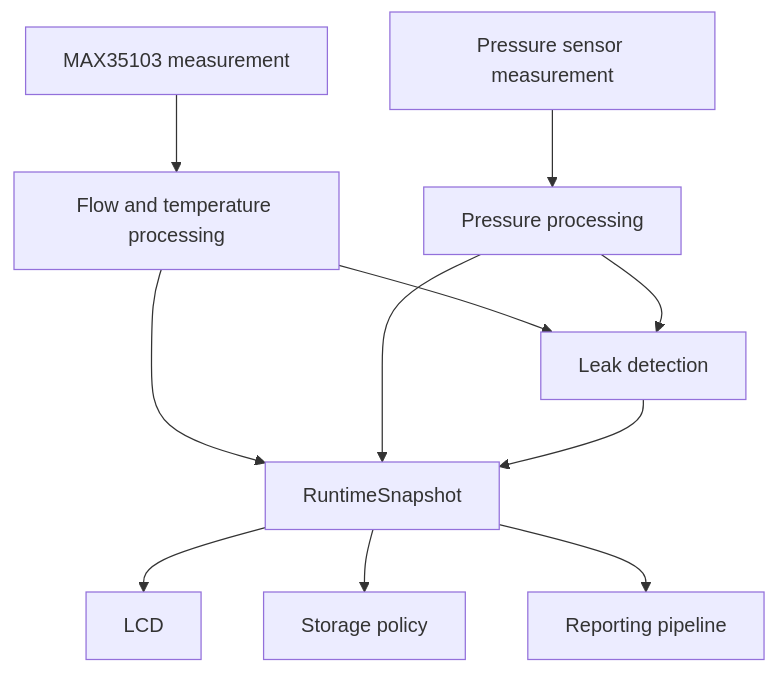
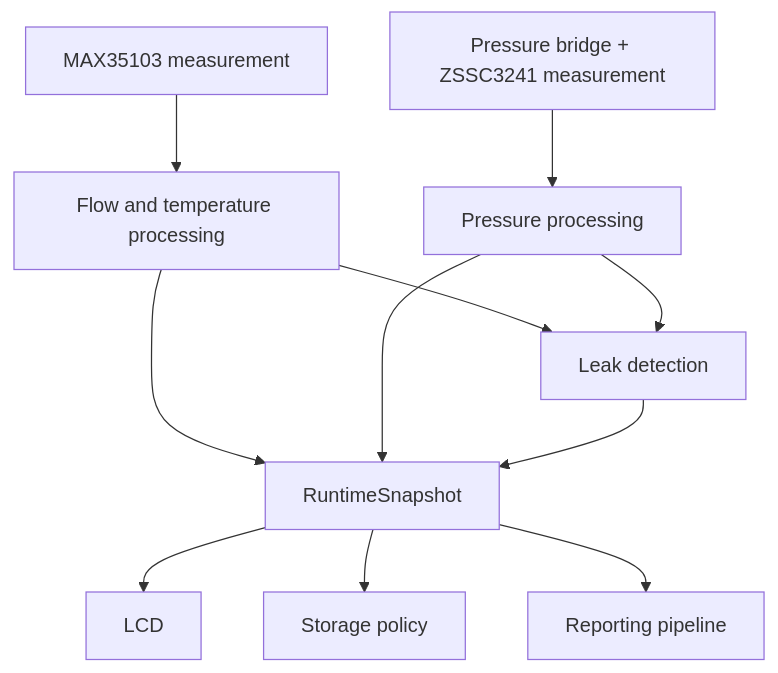
Before and after one commit to whoisLePhuc/smart-water-flow-pressure-monitor: the first of 3 diagrams in 1.docs/00_overview/01_system_overview.md, drawn with Mermaid. The commit also changed other lines of this file and 8 other files, not shown here.

````diff
--- a/1.docs/00_overview/01_system_overview.md
+++ b/1.docs/00_overview/01_system_overview.md
@@ -288,16 +292,16 @@
 ```mermaid
 flowchart TD
     MAX["MAX35103 measurement"] --> FLOW["Flow and temperature processing"]
-    PRESS["Pressure sensor measurement"] --> PPROC["Pressure processing"]
+    PRESS["Pressure bridge + ZSSC3241 measurement"] --> PPROC["Pressure processing"]
 
     FLOW --> LEAK["Leak detection"]
     PPROC --> LEAK
 
     FLOW --> SNAP["RuntimeSnapshot"]
     PPROC --> SNAP
     LEAK --> SNAP
 
     SNAP --> LCD["LCD"]
     SNAP --> STORE["Storage policy"]
     SNAP --> REPORT["Reporting pipeline"]
 ```
````
